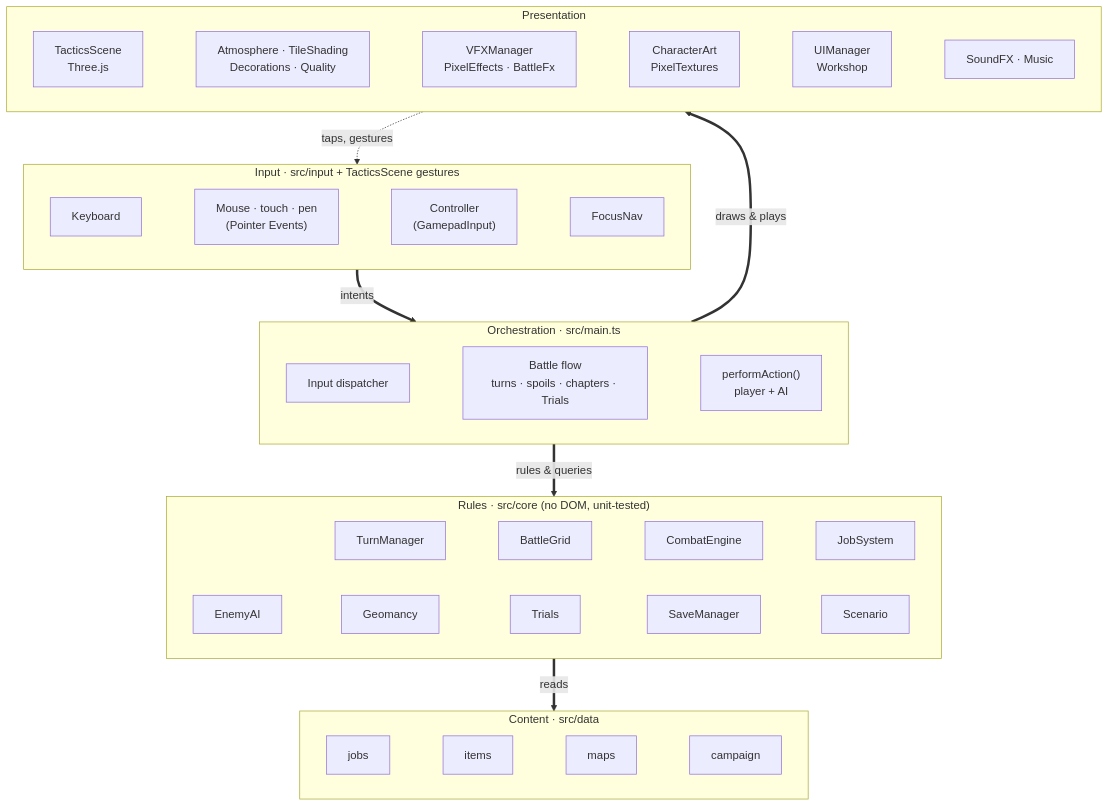
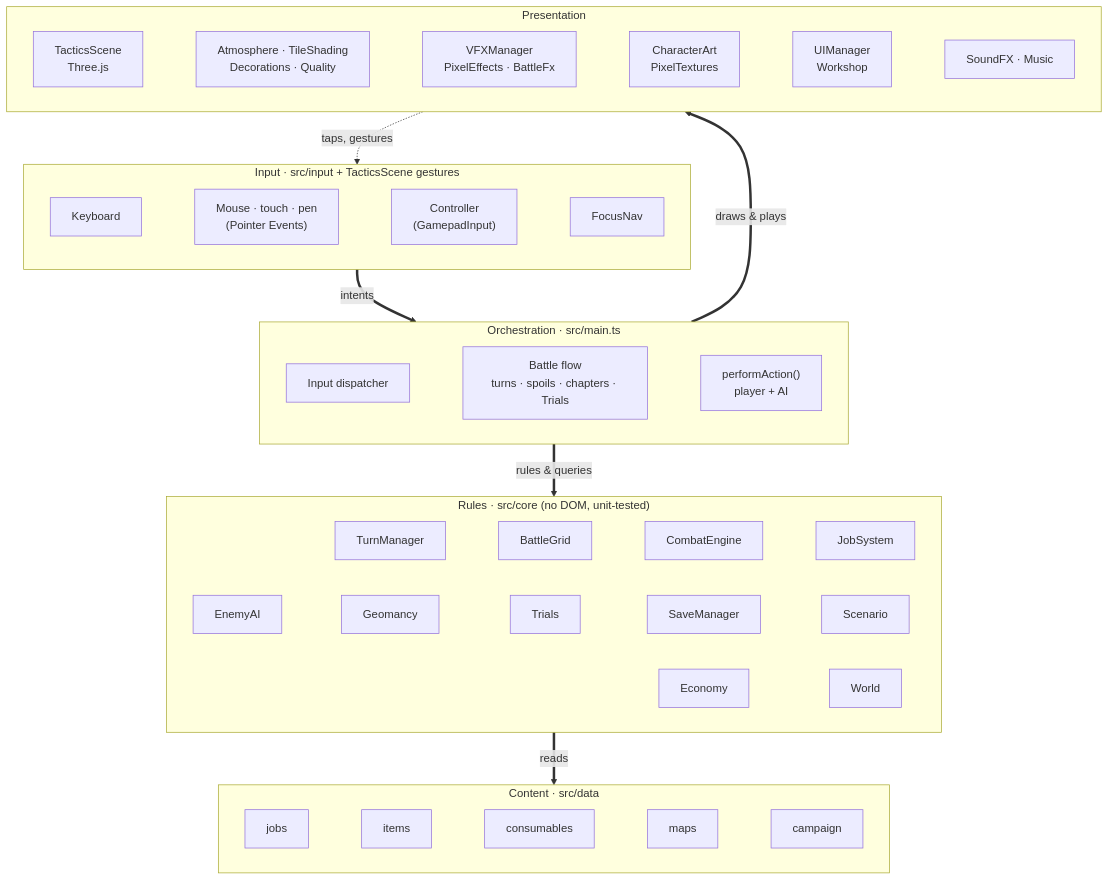
The first of 10 diagrams in docs/ARCHITECTURE.md (CptNope/Chess-RPG-Tactics), drawn with Mermaid before and after one commit. The commit also changed other lines of this file and 43 other files, not shown here.

````diff
--- a/docs/ARCHITECTURE.md
+++ b/docs/ARCHITECTURE.md
@@ -11,34 +11,35 @@
 ```mermaid
 flowchart TB
     subgraph Input["Input · src/input + TacticsScene gestures"]
         direction LR
         Kbd["Keyboard"] ~~~ Ptr["Mouse · touch · pen<br/>(Pointer Events)"] ~~~ Pad["Controller<br/>(GamepadInput)"] ~~~ Nav["FocusNav"]
     end
 
     subgraph Game["Orchestration · src/main.ts"]
         direction LR
         Disp["Input dispatcher"] ~~~ Flow["Battle flow<br/>turns · spoils · chapters · Trials"] ~~~ Pipe["performAction()<br/>player + AI"]
     end
 
     subgraph Core["Rules · src/core (no DOM, unit-tested)"]
         direction LR
         TM["TurnManager"] ~~~ Grid["BattleGrid"] ~~~ CE["CombatEngine"] ~~~ JS["JobSystem"]
         AI["EnemyAI"] ~~~ Geo["Geomancy"] ~~~ Tr["Trials"] ~~~ Save["SaveManager"] ~~~ Scn["Scenario"]
+        Eco["Economy"] ~~~ Wld["World"]
     end
 
     subgraph Data["Content · src/data"]
         direction LR
-        Jobs["jobs"] ~~~ Items["items"] ~~~ Maps["maps"] ~~~ Camp["campaign"]
+        Jobs["jobs"] ~~~ Items["items"] ~~~ Cons["consumables"] ~~~ Maps["maps"] ~~~ Camp["campaign"]
     end
 
     subgraph View["Presentation"]
         direction LR
         Scene["TacticsScene<br/>Three.js"] ~~~ Look["Atmosphere · TileShading<br/>Decorations · Quality"] ~~~ VFX["VFXManager<br/>PixelEffects · BattleFx"] ~~~ Tex["CharacterArt<br/>PixelTextures"] ~~~ UI["UIManager<br/>Workshop"] ~~~ Audio["SoundFX · Music"]
     end
 
     Input ==>|"intents"| Game
     Game ==>|"rules & queries"| Core
     Core ==>|"reads"| Data
     Game ==>|"draws & plays"| View
     View -.->|"taps, gestures"| Input
 ```
````
